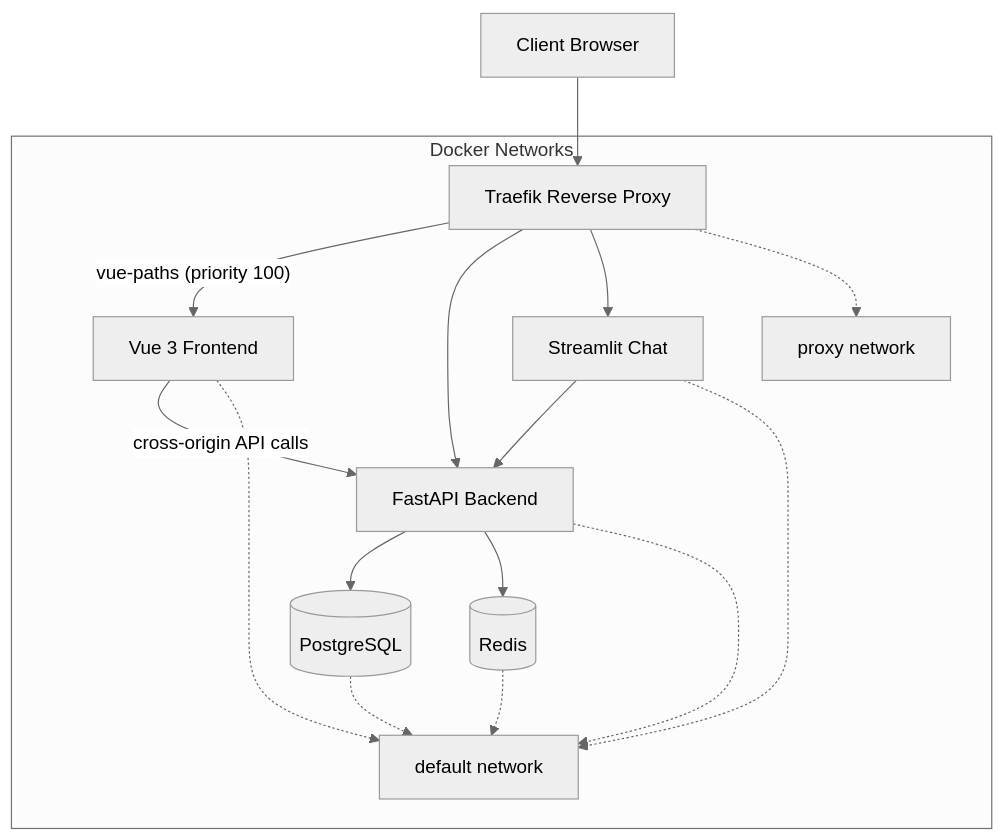
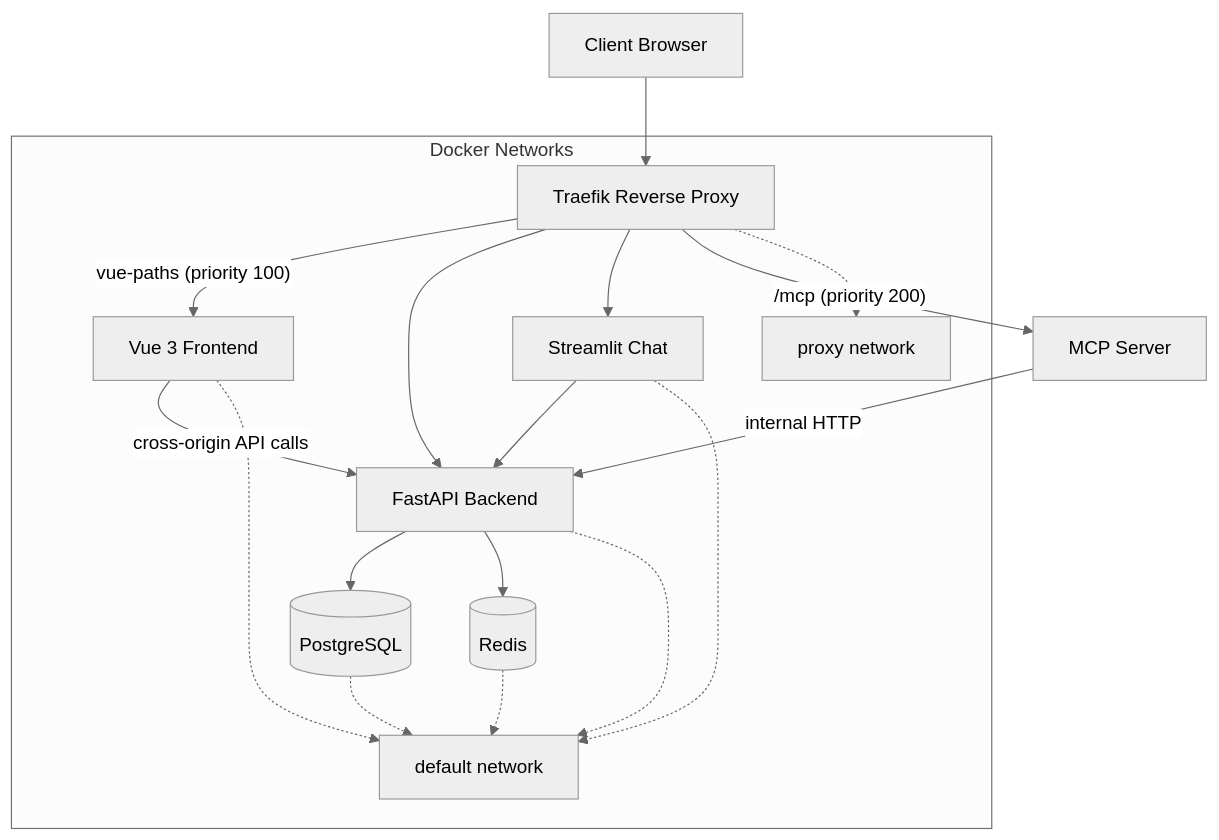
The diagram in docs/traefik-deployment.md (datapointchris/ichrisbirch), drawn with Mermaid (neutral theme) before and after one commit. The commit also changed 7 other files, not shown here.

First line of the commit message:
feat: add remote MCP server deployment via streamable HTTP

````diff
--- a/docs/traefik-deployment.md
+++ b/docs/traefik-deployment.md
@@ -112,20 +112,22 @@
 ```mermaid
 graph TB
     Client[Client Browser] --> Traefik[Traefik Reverse Proxy]
     Traefik -->|"vue-paths (priority 100)"| VUE[Vue 3 Frontend]
     Traefik --> API[FastAPI Backend]
     Traefik --> CHAT[Streamlit Chat]
+    Traefik -->|"/mcp (priority 200)"| MCP[MCP Server]
     VUE -->|"cross-origin API calls"| API
+    MCP -->|"internal HTTP"| API
     API --> DB[(PostgreSQL)]
     API --> CACHE[(Redis)]
     CHAT --> API
 
     subgraph "Docker Networks"
         Traefik -.-> PROXY[proxy network]
         API -.-> DEFAULT[default network]
         VUE -.-> DEFAULT
         CHAT -.-> DEFAULT
         DB -.-> DEFAULT
         CACHE -.-> DEFAULT
     end
 ```
````
